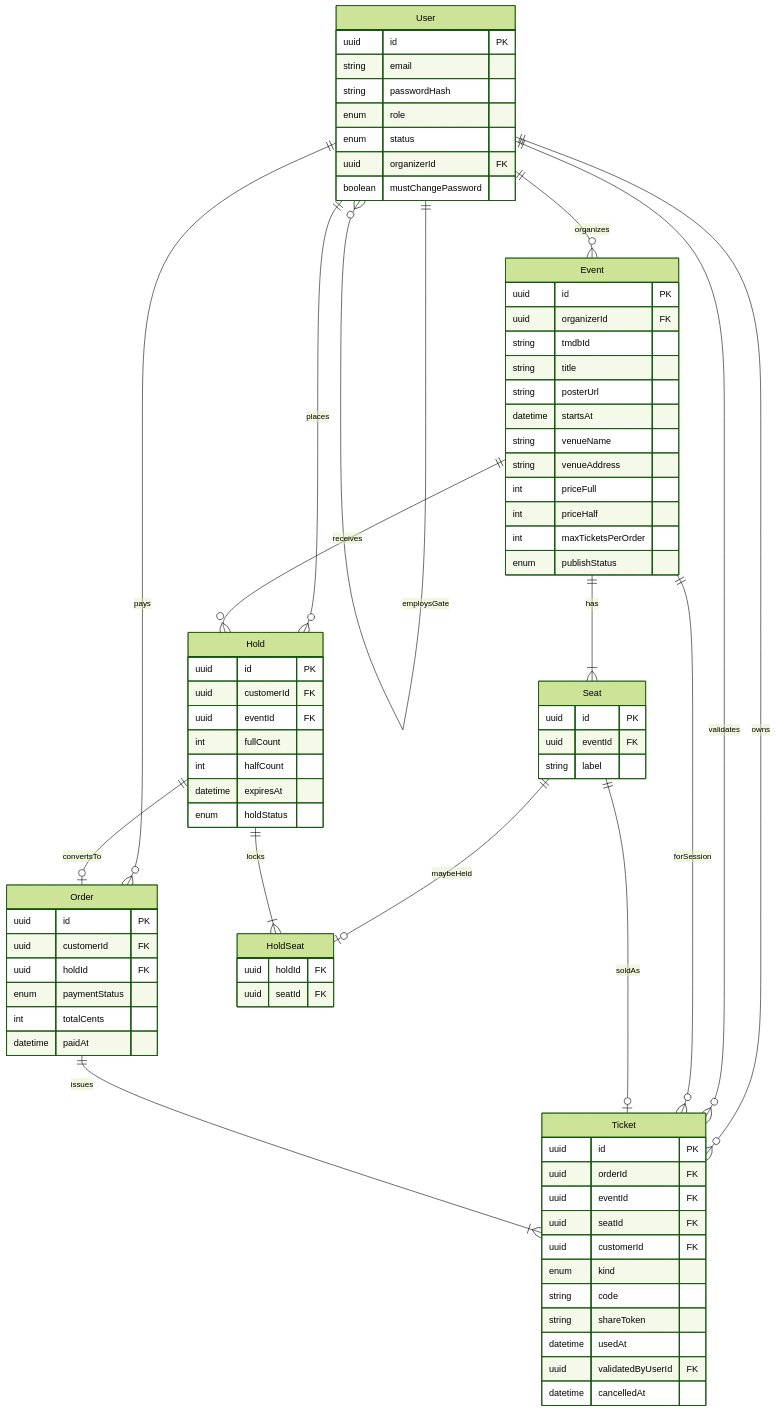
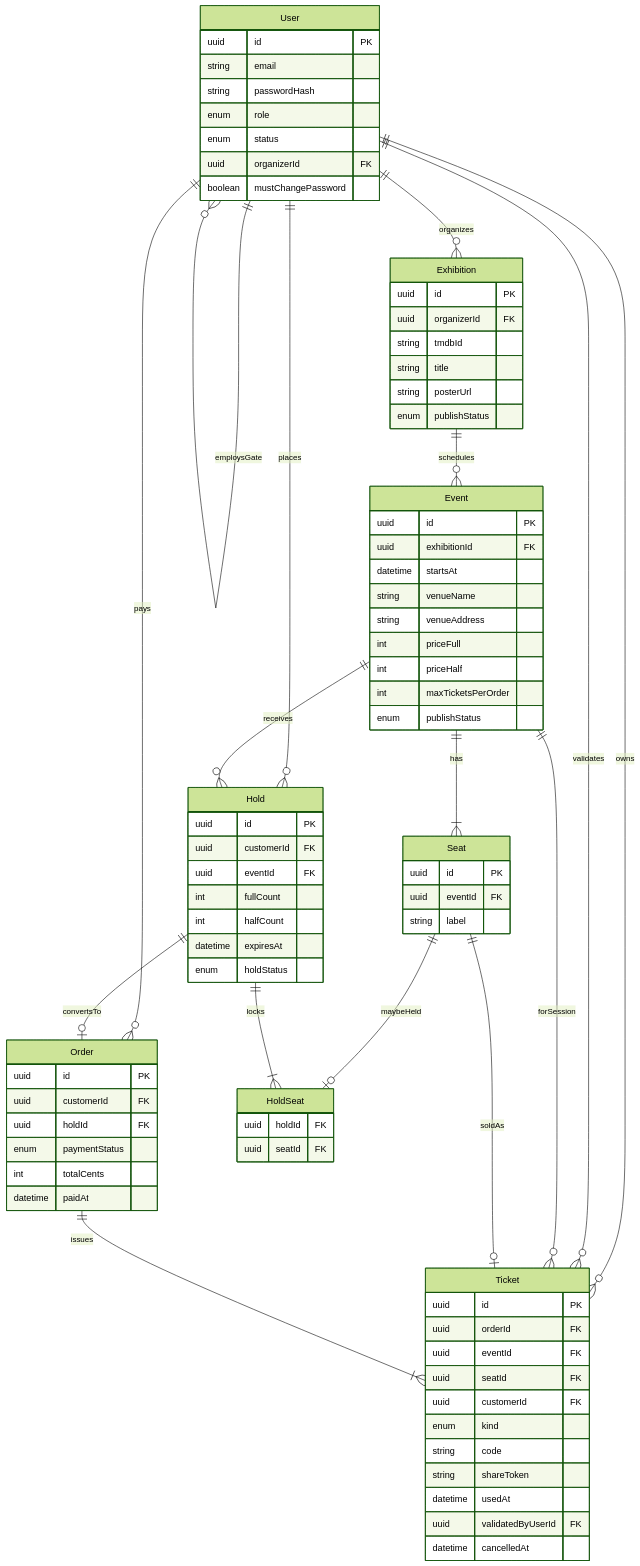
The diagram in docs/SDD.md (PHChemin/elite-dev-challenge), drawn with Mermaid (forest theme) before and after one commit. The commit also changed other lines of this file and 3 other files, not shown here.

````diff
--- a/docs/SDD.md
+++ b/docs/SDD.md
@@ -95,11 +97,12 @@
 ```mermaid
 erDiagram
-  User ||--o{ Event : organizes
+  User ||--o{ Exhibition : organizes
   User ||--o{ User : employsGate
   User ||--o{ Hold : places
   User ||--o{ Order : pays
   User ||--o{ Ticket : owns
   User ||--o{ Ticket : validates
+  Exhibition ||--o{ Event : schedules
   Event ||--|{ Seat : has
   Event ||--o{ Hold : receives
   Event ||--o{ Ticket : forSession
@@ -119,12 +122,18 @@
     boolean mustChangePassword
   }
 
-  Event {
+  Exhibition {
     uuid id PK
     uuid organizerId FK
     string tmdbId
     string title
     string posterUrl
+    enum publishStatus
+  }
+
+  Event {
+    uuid id PK
+    uuid exhibitionId FK
     datetime startsAt
     string venueName
     string venueAddress
````
